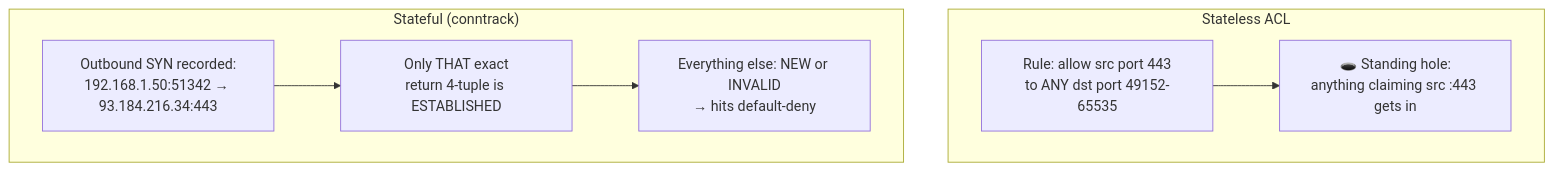
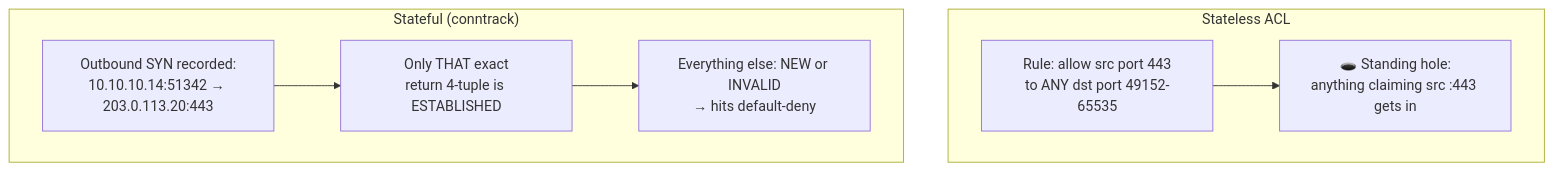
The third of 8 diagrams in Defensive Security/Defensive Groundwork.md (nnr-root/cybersec-crook2root-notes), drawn with Mermaid before and after one commit. The commit also changed other lines of this file and 3 other files, not shown here.

````diff
--- a/Defensive Security/Defensive Groundwork.md
+++ b/Defensive Security/Defensive Groundwork.md
@@ -143,10 +143,10 @@
 ```mermaid
 flowchart TD
     subgraph Stateless["Stateless ACL"]
         S1["Rule: allow src port 443<br/>to ANY dst port 49152-65535"] --> S2["🕳️ Standing hole:<br/>anything claiming src :443 gets in"]
     end
     subgraph Stateful["Stateful (conntrack)"]
-        T1["Outbound SYN recorded:<br/>192.168.1.50:51342 → 93.184.216.34:443"] --> T2["Only THAT exact<br/>return 4-tuple is ESTABLISHED"]
+        T1["Outbound SYN recorded:<br/>10.10.10.14:51342 → 203.0.113.20:443"] --> T2["Only THAT exact<br/>return 4-tuple is ESTABLISHED"]
         T2 --> T3["Everything else: NEW or INVALID<br/>→ hits default-deny"]
     end
 ```
````
